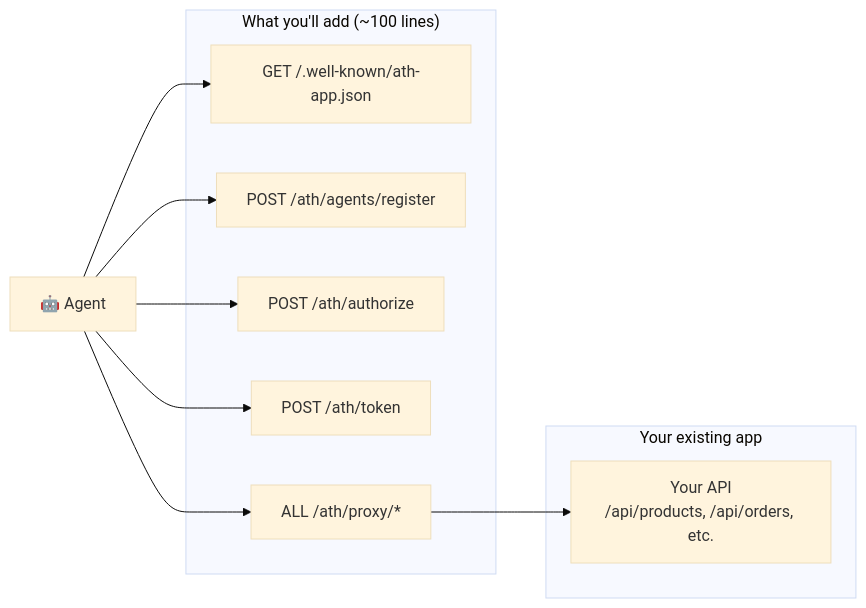
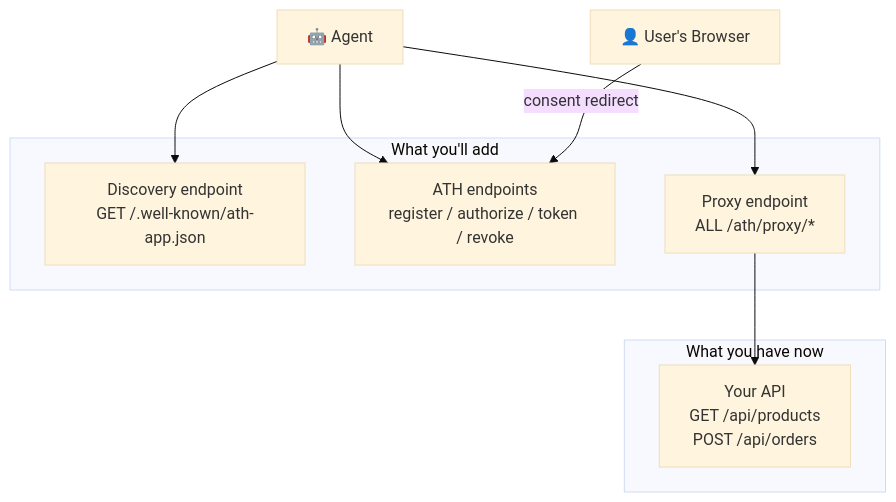
The first of 2 diagrams in add-ath-to-your-app/tutorial.mdx (ath-protocol/docs), drawn with Mermaid (base theme) before and after one commit. The commit also changed other lines of this file and 9 other files, not shown here.

````diff
--- a/add-ath-to-your-app/tutorial.mdx
+++ b/add-ath-to-your-app/tutorial.mdx
@@ -20,21 +10,18 @@
 ```mermaid
-graph LR
-    subgraph "Your existing app"
-        API["Your API<br/>/api/products, /api/orders, etc."]
+graph TB
+    subgraph "What you have now"
+        API["Your API<br/>GET /api/products<br/>POST /api/orders"]
     end
     
-    subgraph "What you'll add (~100 lines)"
-        Discovery["GET /.well-known/ath-app.json"]
-        Register["POST /ath/agents/register"]
-        Authorize["POST /ath/authorize"]
-        Token["POST /ath/token"]
-        Proxy["ALL /ath/proxy/*"]
+    subgraph "What you'll add"
+        Discovery["Discovery endpoint<br/>GET /.well-known/ath-app.json"]
+        ATH["ATH endpoints<br/>register / authorize / token / revoke"]
+        Proxy["Proxy endpoint<br/>ALL /ath/proxy/*"]
     end
     
     Agent["🤖 Agent"] --> Discovery
-    Agent --> Register
-    Agent --> Authorize
-    Agent --> Token
+    Agent --> ATH
     Agent --> Proxy
     Proxy --> API
+    Browser["👤 User's Browser"] -->|"consent redirect"| ATH
 ```
````
